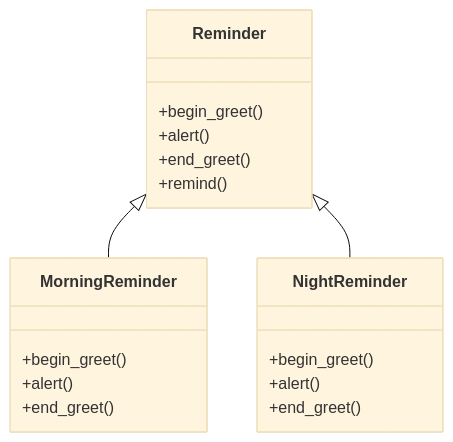
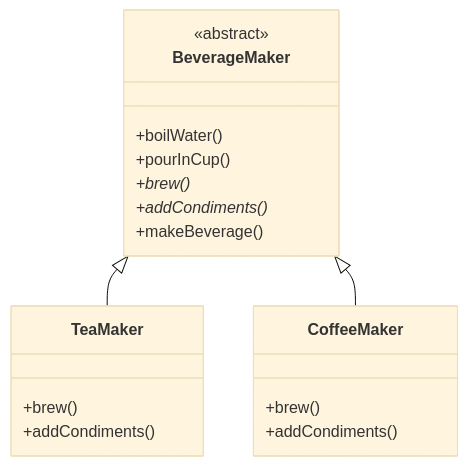
One commit to kobashin/Modern-CPP changed the diagram in design_pattern/template_method.md. Above: the diagram before and after it, drawn with Mermaid (base theme).

````diff
--- a/design_pattern/template_method.md
+++ b/design_pattern/template_method.md
@@ -1,24 +1,24 @@
 ```mermaid
 classDiagram
-    Reminder <|-- MorningReminder
-    Reminder <|-- NightReminder
+    BeverageMaker <|-- TeaMaker
+    BeverageMaker <|-- CoffeeMaker
 
-    class Reminder{
-        +begin_greet()
-        +alert()
-        +end_greet()
-        +remind()
+    class BeverageMaker{
+        <<abstract>>
+        +boilWater()
+        +pourInCup()
+        +brew()* 
+        +addCondiments()*
+        +makeBeverage()
     }
 
-    class MorningReminder{
-        +begin_greet()
-        +alert()
-        +end_greet()
+    class TeaMaker{
+        +brew()
+        +addCondiments()
     }
 
-    class NightReminder{
-        +begin_greet()
-        +alert()
-        +end_greet()
+    class CoffeeMaker{
+        +brew()
+        +addCondiments()
     }
 ```
````
